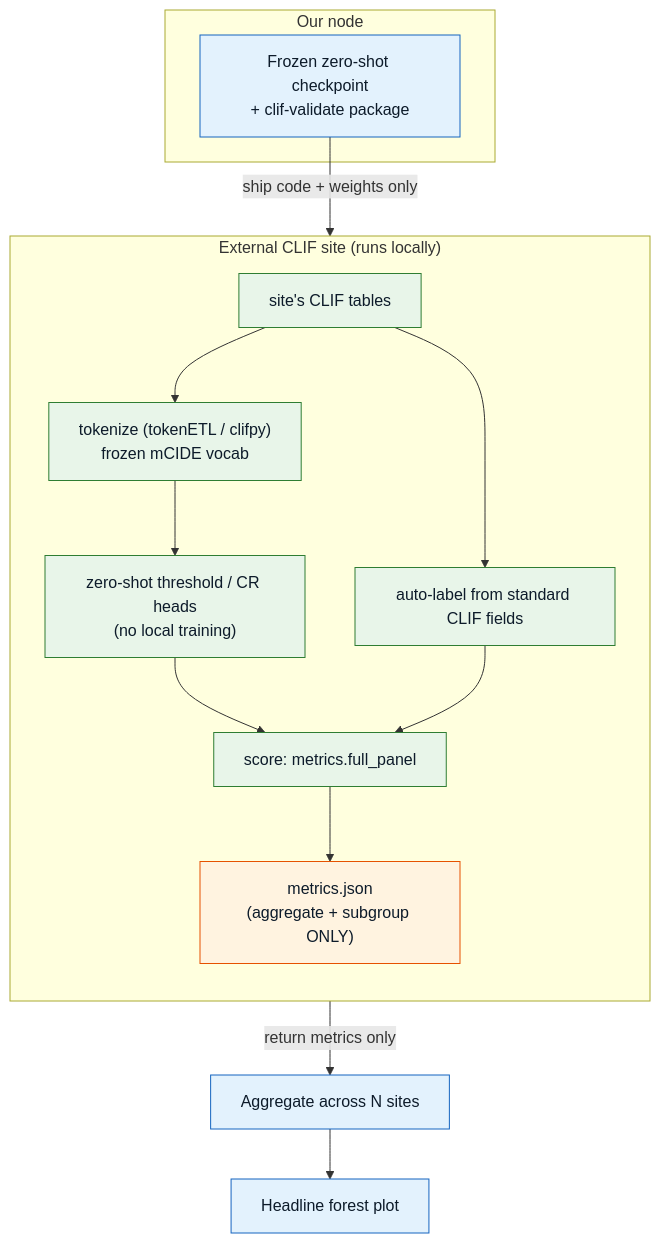
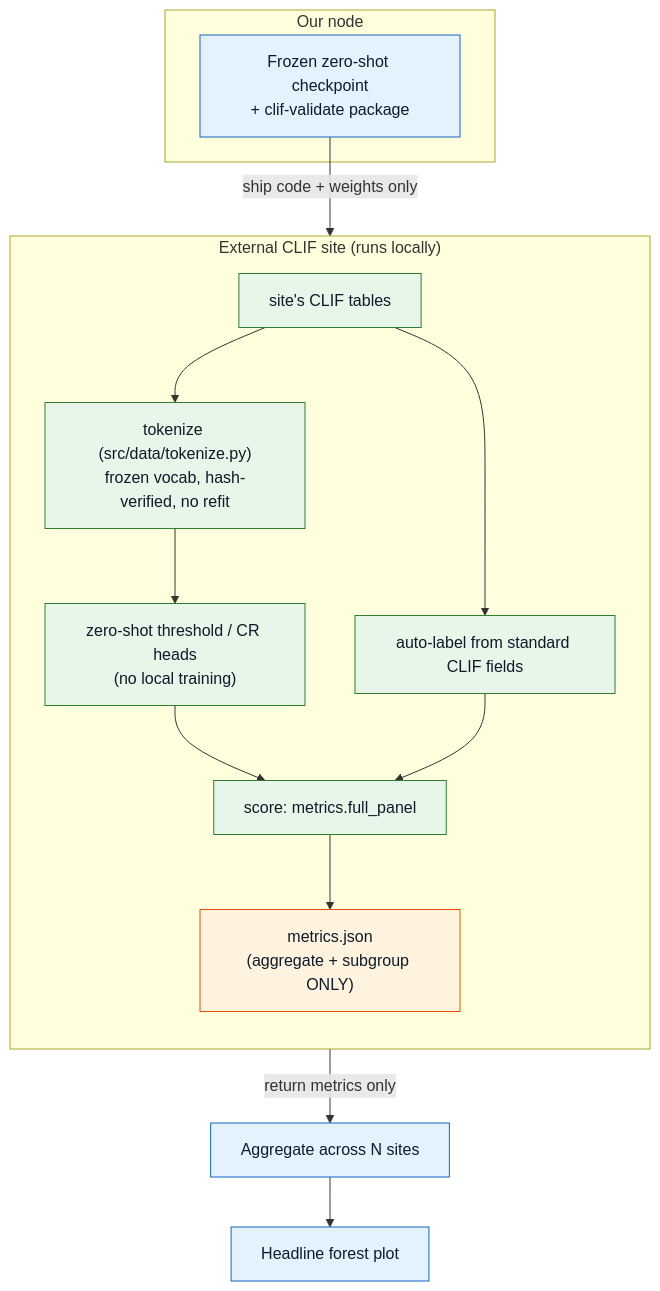
The first of 5 diagrams in website/docs/federated-validation.md (sajor2000/clifatron2.0), drawn with Mermaid before and after one commit. The commit also changed other lines of this file and 37 other files, not shown here.

````diff
--- a/website/docs/federated-validation.md
+++ b/website/docs/federated-validation.md
@@ -19,27 +19,27 @@
 ```mermaid
 flowchart TB
     subgraph HUB["Our node"]
         FROZEN["Frozen zero-shot checkpoint<br/>+ clif-validate package"]
     end
     FROZEN -->|"ship code + weights only"| SITE
 
     subgraph SITE["External CLIF site (runs locally)"]
         direction TB
-        T["tokenize (tokenETL / clifpy)<br/>frozen mCIDE vocab"] --> Z["zero-shot threshold / CR heads<br/>(no local training)"]
+        T["tokenize (src/data/tokenize.py)<br/>frozen vocab, hash-verified, no refit"] --> Z["zero-shot threshold / CR heads<br/>(no local training)"]
         RAW["site's CLIF tables"] --> T
         RAW --> AL["auto-label from standard CLIF fields"]
         Z --> SC["score: metrics.full_panel"]
         AL --> SC
         SC --> J["metrics.json<br/>(aggregate + subgroup ONLY)"]
     end
 
     J -->|"return metrics only"| HUB2["Aggregate across N sites"]
     HUB2 --> FIG["Headline forest plot"]
 
     classDef hub fill:#e3f2fd,stroke:#1565c0,color:#0d1b2a;
     classDef site fill:#e8f5e9,stroke:#2e7d32,color:#0d1b2a;
     classDef leave fill:#fff3e0,stroke:#e65100,color:#0d1b2a;
     class FROZEN,HUB2,FIG hub;
     class T,Z,AL,SC,RAW site;
     class J leave;
 ```
````
